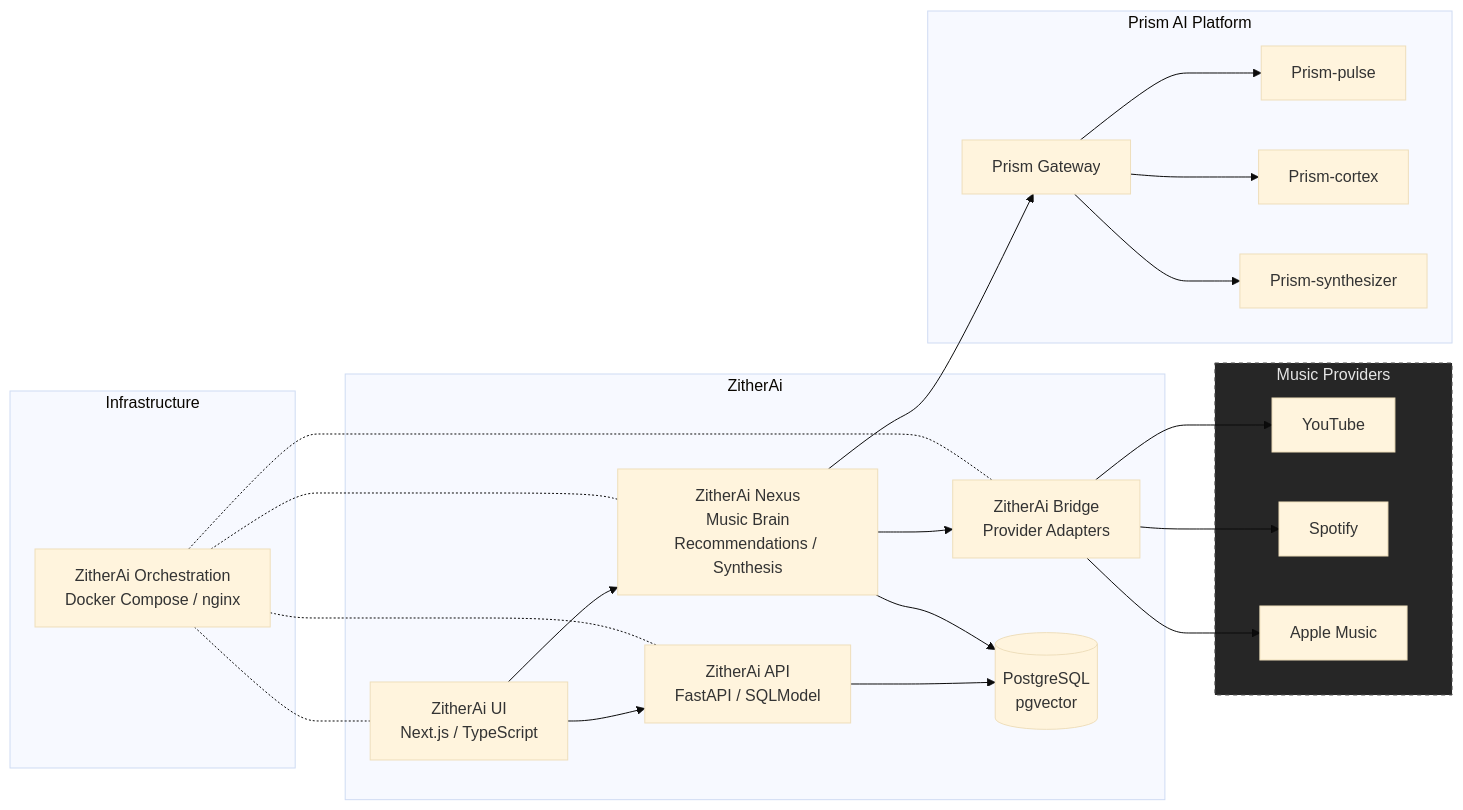
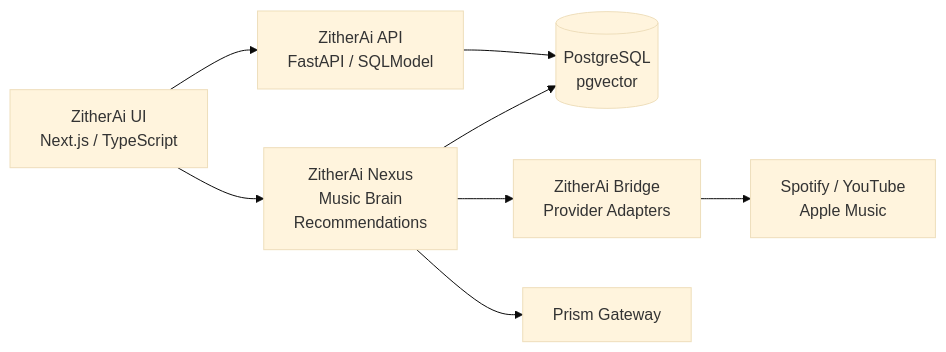
One commit to vsinghal3737/vsinghal3737 changed the third of 4 diagrams in README.md. Above: the diagram before and after it, drawn with Mermaid (base theme). The commit also changed other lines of this file, not shown here.

````diff
--- a/README.md
+++ b/README.md
@@ -85,46 +98,18 @@
 ```mermaid
 flowchart LR
-    subgraph ZitherAi
-        ZUI["ZitherAi UI<br/>Next.js / TypeScript"]
-        ZAPI["ZitherAi API<br/>FastAPI / SQLModel"]
-        ZNexus["ZitherAi Nexus<br/>Music Brain<br/>Recommendations / Synthesis"]
-        ZBridge["ZitherAi Bridge<br/>Provider Adapters"]
-        PG[("PostgreSQL<br/>pgvector")]
-    end
-
-    subgraph Providers["Music Providers"]
-        YouTube["YouTube"]
-        Spotify["Spotify"]
-        Apple["Apple Music"]
-    end
-
-    subgraph Prism["Prism AI Platform"]
-        Gateway["Prism Gateway"]
-        Pulse["Prism-pulse"]
-        Cortex["Prism-cortex"]
-        Synthesizer["Prism-synthesizer"]
-    end
-
-    subgraph Infra["Infrastructure"]
-        ZOrch["ZitherAi Orchestration<br/>Docker Compose / nginx"]
-    end
+    ZUI["ZitherAi UI<br/>Next.js / TypeScript"]
+    ZAPI["ZitherAi API<br/>FastAPI / SQLModel"]
+    ZNexus["ZitherAi Nexus<br/>Music Brain<br/>Recommendations"]
+    ZBridge["ZitherAi Bridge<br/>Provider Adapters"]
+    PG[("PostgreSQL<br/>pgvector")]
+    Providers["Spotify / YouTube<br/>Apple Music"]
+    Gateway["Prism Gateway"]
 
     ZUI --> ZAPI
     ZUI --> ZNexus
     ZAPI --> PG
     ZNexus --> PG
     ZNexus --> ZBridge
-    ZBridge --> YouTube
-    ZBridge --> Spotify
-    ZBridge --> Apple
+    ZBridge --> Providers
     ZNexus --> Gateway
-    Gateway --> Pulse
-    Gateway --> Cortex
-    Gateway --> Synthesizer
-    ZOrch -.- ZUI
-    ZOrch -.- ZAPI
-    ZOrch -.- ZNexus
-    ZOrch -.- ZBridge
-
-    style Providers fill:#262626,stroke:#525252,color:#e5e5e5,stroke-dasharray: 4 4
 ```
````
